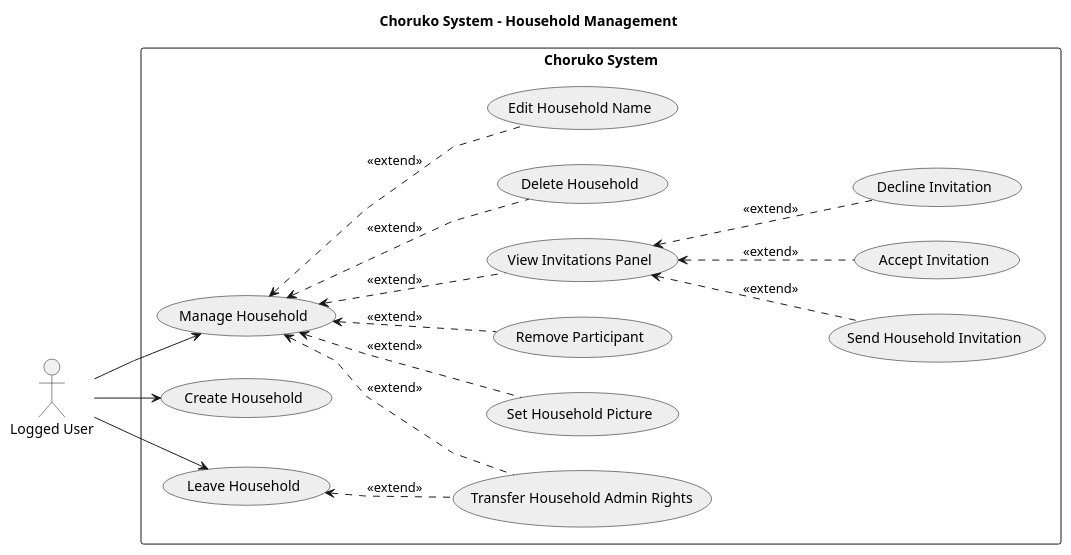
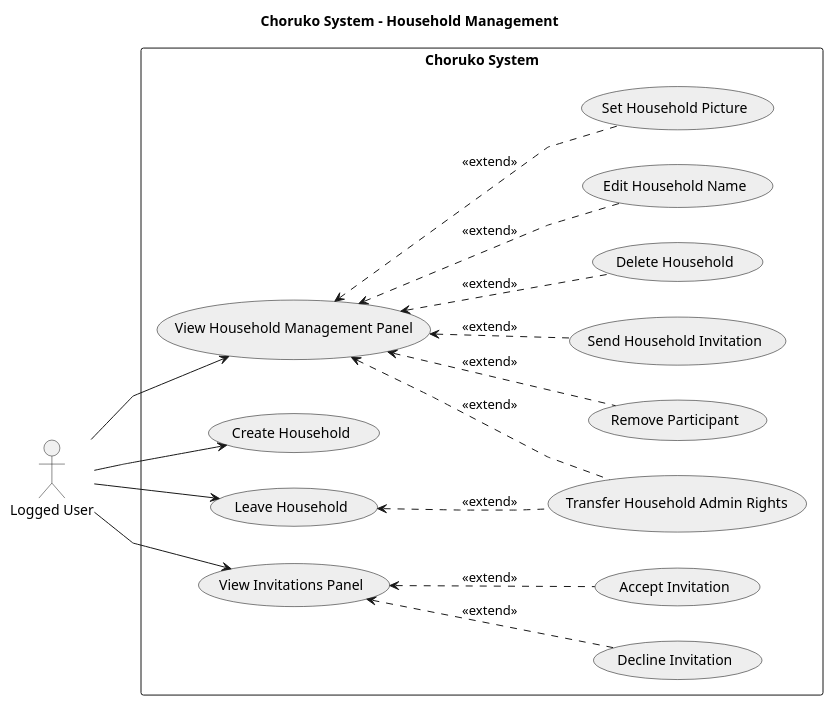
Before and after one commit to psampir/choruko: the diagram in docs/UML/use-case-diagrams/household-management-diagram.puml, drawn with PlantUML. The commit also changed 2 other files, not shown here.

Commit message:
Resolve merge conflict: keep use case diagram files

```diff
--- a/docs/UML/use-case-diagrams/household-management-diagram.puml
+++ b/docs/UML/use-case-diagrams/household-management-diagram.puml
@@ -1,43 +1,41 @@
 @startuml household-management
 
 title Choruko System - Household Management
 skinparam usecaseBorderColor #000000
 skinparam usecaseBackgroundColor #EEEEEE
 skinparam packageStyle rectangle
 skinparam linetype polyline
 left to right direction
 
 :Logged User: as l_user
 
 rectangle "Choruko System" {
-  usecase "Manage Household" as UC3
+  usecase "View Household Management Panel" as UC3
   usecase "Create Household" as UC4
   usecase "Delete Household" as UC5
   usecase "Edit Household Name" as UC1
   usecase "Set Household Picture" as UC2
   usecase "Leave Household" as UC12
   usecase "Transfer Household Admin Rights" as UC6
   usecase "Remove Participant" as UC8
-
   usecase "View Invitations Panel" as UC9
   usecase "Send Household Invitation" as UC7  
   usecase "Accept Invitation" as UC10
   usecase "Decline Invitation" as UC11
 }
 
 l_user --> UC3
 l_user --> UC4
+l_user --> UC9
 l_user --> UC12
 UC3 <.. UC1 : <<extend>>
 UC3 <.. UC2 : <<extend>>
 UC3 <.. UC5 : <<extend>>
 UC3 <.. UC6 : <<extend>>
 UC3 <.. UC8 : <<extend>>
 UC12 <.. UC6 : <<extend>>
-
-UC3 <.. UC9 : <<extend>>
-UC9 <.. UC7 : <<extend>>
+UC3 <.. UC7 : <<extend>>
 UC9 <.. UC10 : <<extend>>
 UC9 <.. UC11 : <<extend>>
 
 @enduml
```
